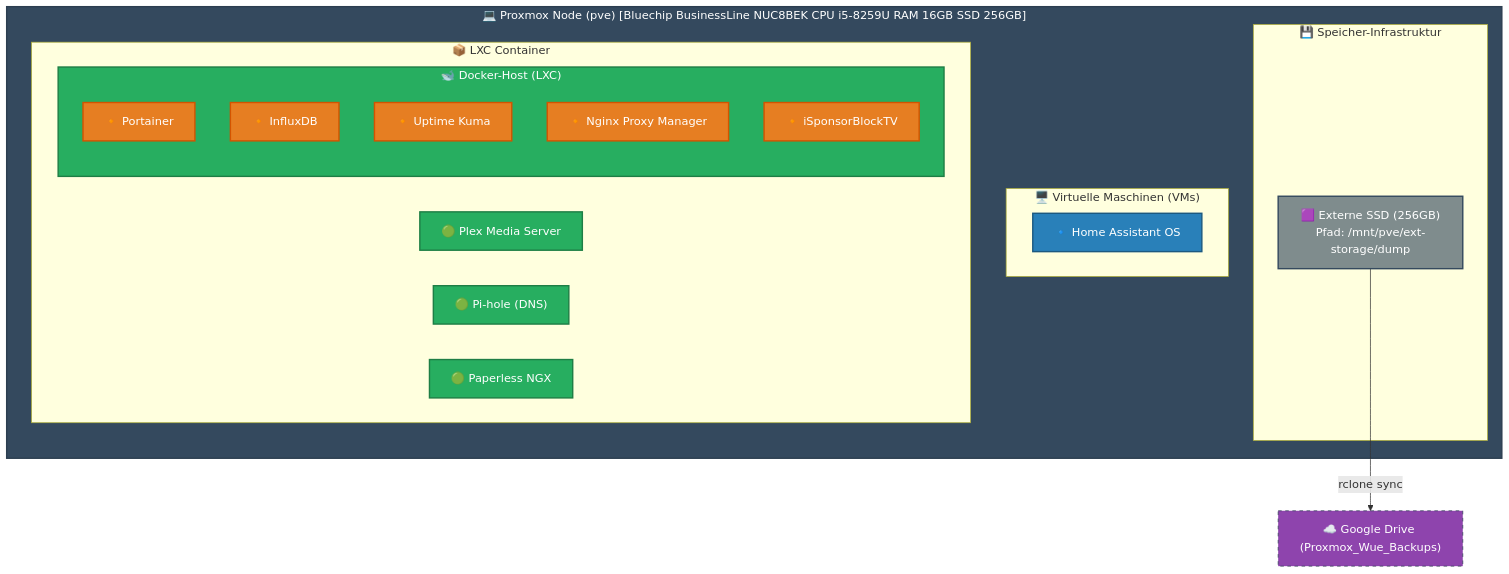
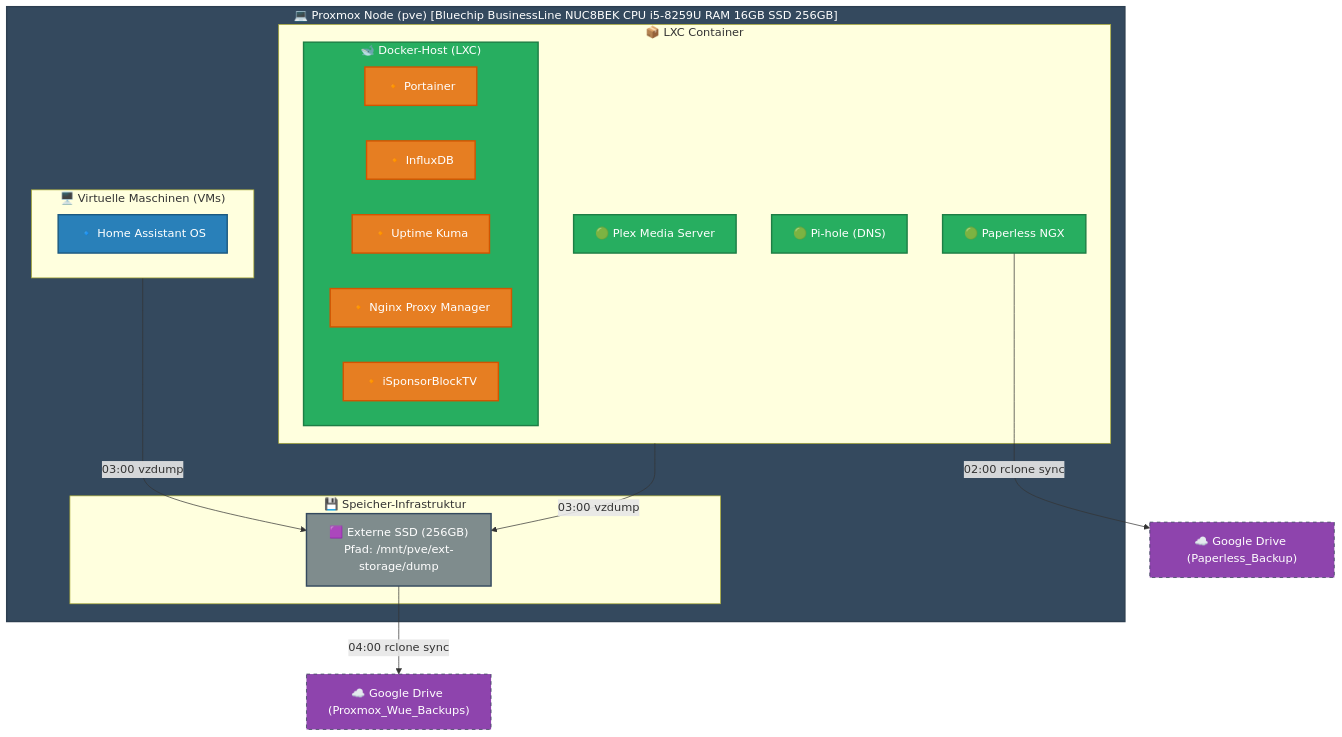
One commit to mxpfister/homelab-architecture changed the first of 7 diagrams in README.md. Above: the diagram before and after it, drawn with Mermaid. The commit also changed other lines of this file, not shown here.

Commit message:
adds paperless & backup cronjob

````diff
--- a/README.md
+++ b/README.md
@@ -5,44 +5,48 @@
 ```mermaid
 graph TB
     %% Styling
     classDef pveNode fill:#34495e,stroke:#2c3e50,stroke-width:2px,color:#fff;
     classDef vmStyle fill:#2980b9,stroke:#1c5980,stroke-width:2px,color:#fff;
     classDef lxcStyle fill:#27ae60,stroke:#1e7e45,stroke-width:2px,color:#fff;
     classDef dockerStyle fill:#e67e22,stroke:#d35400,stroke-width:2px,color:#fff;
     classDef storageStyle fill:#7f8c8d,stroke:#34495e,stroke-width:2px,color:#fff;
     classDef extStyle fill:#8e44ad,stroke:#2c3e50,stroke-dasharray: 5 5,color:#fff;
 
     subgraph PVE ["💻 Proxmox Node (pve) [Bluechip BusinessLine NUC8BEK CPU i5-8259U RAM 16GB SSD 256GB]"]
         
         subgraph Storage ["💾 Speicher-Infrastruktur"]
             SSD["🟪 Externe SSD (256GB)<br>Pfad: /mnt/pve/ext-storage/dump"]:::storageStyle
         end
 
         subgraph VMs ["🖥️ Virtuelle Maschinen (VMs)"]
             HA["🔹 Home Assistant OS"]:::vmStyle
         end
 
         subgraph LXCs ["📦 LXC Container"]
             Plex["🟢 Plex Media Server"]:::lxcStyle
             Pihole["🟢 Pi-hole (DNS)"]:::lxcStyle
             Paperless["🟢 Paperless NGX"]:::lxcStyle
             
             subgraph DockerLXC ["🐋 Docker-Host (LXC)"]
                 Portainer["🔸 Portainer"]:::dockerStyle
                 Influx["🔸 InfluxDB"]:::dockerStyle
                 Uptime["🔸 Uptime Kuma"]:::dockerStyle
                 NPM["🔸 Nginx Proxy Manager"]:::dockerStyle
                 Sponsor["🔸 iSponsorBlockTV"]:::dockerStyle
             end
             class DockerLXC lxcStyle;
         end
     end
 
     %% Externe Verbindungen
-    GDrive["☁️ Google Drive (Proxmox_Wue_Backups)"]:::extStyle
+    GDrivePVE["☁️ Google Drive (Proxmox_Wue_Backups)"]:::extStyle
+    GDrivePL["☁️ Google Drive (Paperless_Backup)"]:::extStyle
     
     %% Datenpfade
-    SSD -->|rclone sync| GDrive
+    VMs -->|03:00 vzdump| SSD
+    LXCs -->|03:00 vzdump| SSD
+    SSD -->|04:00 rclone sync| GDrivePVE
+    Paperless -->|02:00 rclone sync| GDrivePL
     
     class PVE pveNode;
 ```
````
